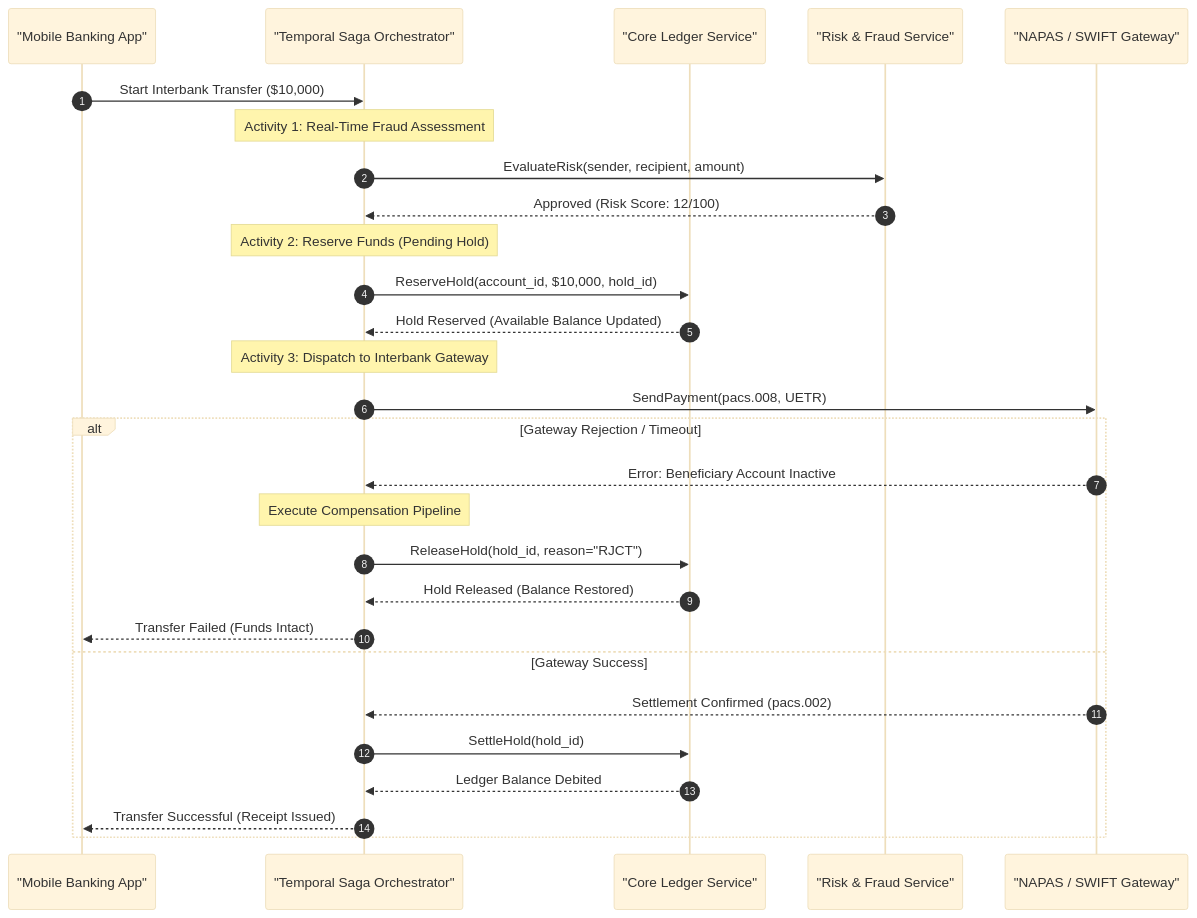
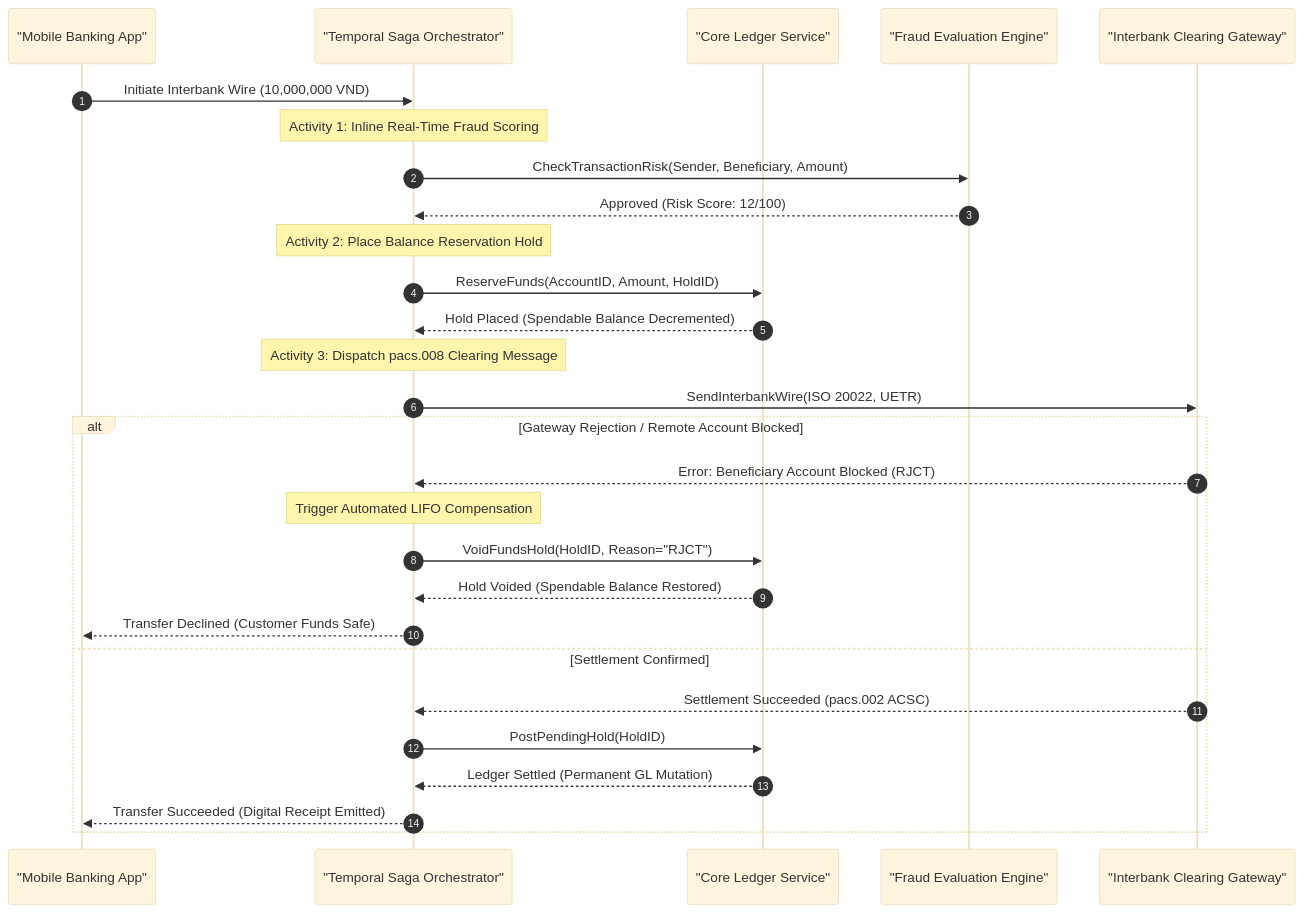
Before and after one commit to vesviet/vesviet: the second of 2 diagrams in content/series/core-banking-architecture/part-4-saga-pattern.md, drawn with Mermaid (base theme). The commit also changed other lines of this file and 90 other files, not shown here.

````diff
--- a/content/series/core-banking-architecture/part-4-saga-pattern.md
+++ b/content/series/core-banking-architecture/part-4-saga-pattern.md
@@ -75,34 +73,34 @@
 ```mermaid
 sequenceDiagram
     autonumber
     participant Client as "Mobile Banking App"
     participant Orchestrator as "Temporal Saga Orchestrator"
     participant CoreLedger as "Core Ledger Service"
-    participant FraudService as "Risk & Fraud Service"
-    participant InterbankGW as "NAPAS / SWIFT Gateway"
+    participant FraudService as "Fraud Evaluation Engine"
+    participant InterbankGW as "Interbank Clearing Gateway"
 
-    Client->>Orchestrator: Start Interbank Transfer ($10,000)
+    Client->>Orchestrator: Initiate Interbank Wire (10,000,000 VND)
     
-    Note over Orchestrator: Activity 1: Real-Time Fraud Assessment
-    Orchestrator->>FraudService: EvaluateRisk(sender, recipient, amount)
+    Note over Orchestrator: Activity 1: Inline Real-Time Fraud Scoring
+    Orchestrator->>FraudService: CheckTransactionRisk(Sender, Beneficiary, Amount)
     FraudService-->>Orchestrator: Approved (Risk Score: 12/100)
 
-    Note over Orchestrator: Activity 2: Reserve Funds (Pending Hold)
-    Orchestrator->>CoreLedger: ReserveHold(account_id, $10,000, hold_id)
-    CoreLedger-->>Orchestrator: Hold Reserved (Available Balance Updated)
+    Note over Orchestrator: Activity 2: Place Balance Reservation Hold
+    Orchestrator->>CoreLedger: ReserveFunds(AccountID, Amount, HoldID)
+    CoreLedger-->>Orchestrator: Hold Placed (Spendable Balance Decremented)
 
-    Note over Orchestrator: Activity 3: Dispatch to Interbank Gateway
-    Orchestrator->>InterbankGW: SendPayment(pacs.008, UETR)
-    alt Gateway Rejection / Timeout
-        InterbankGW-->>Orchestrator: Error: Beneficiary Account Inactive
-        Note over Orchestrator: Execute Compensation Pipeline
-        Orchestrator->>CoreLedger: ReleaseHold(hold_id, reason="RJCT")
-        CoreLedger-->>Orchestrator: Hold Released (Balance Restored)
-        Orchestrator-->>Client: Transfer Failed (Funds Intact)
-    else Gateway Success
-        InterbankGW-->>Orchestrator: Settlement Confirmed (pacs.002)
-        Orchestrator->>CoreLedger: SettleHold(hold_id)
-        CoreLedger-->>Orchestrator: Ledger Balance Debited
-        Orchestrator-->>Client: Transfer Successful (Receipt Issued)
+    Note over Orchestrator: Activity 3: Dispatch pacs.008 Clearing Message
+    Orchestrator->>InterbankGW: SendInterbankWire(ISO 20022, UETR)
+    alt Gateway Rejection / Remote Account Blocked
+        InterbankGW-->>Orchestrator: Error: Beneficiary Account Blocked (RJCT)
+        Note over Orchestrator: Trigger Automated LIFO Compensation
+        Orchestrator->>CoreLedger: VoidFundsHold(HoldID, Reason="RJCT")
+        CoreLedger-->>Orchestrator: Hold Voided (Spendable Balance Restored)
+        Orchestrator-->>Client: Transfer Declined (Customer Funds Safe)
+    else Settlement Confirmed
+        InterbankGW-->>Orchestrator: Settlement Succeeded (pacs.002 ACSC)
+        Orchestrator->>CoreLedger: PostPendingHold(HoldID)
+        CoreLedger-->>Orchestrator: Ledger Settled (Permanent GL Mutation)
+        Orchestrator-->>Client: Transfer Succeeded (Digital Receipt Emitted)
     end
 ```
````
